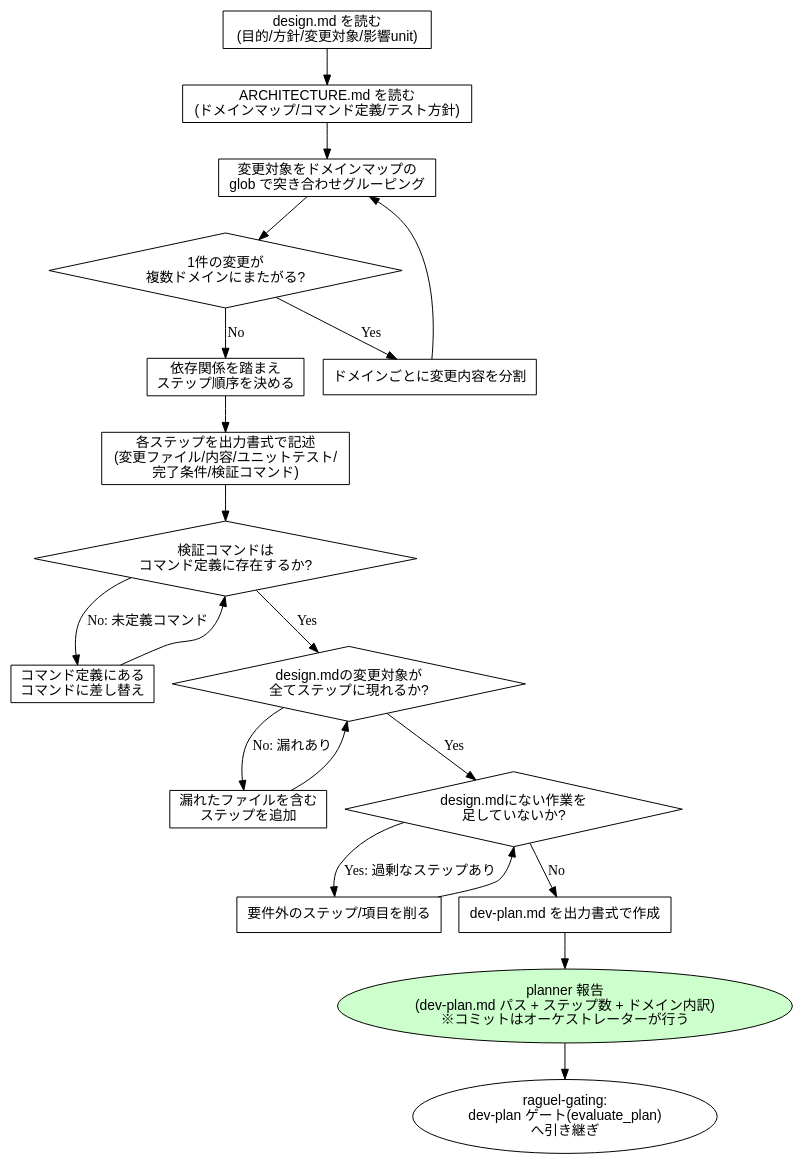
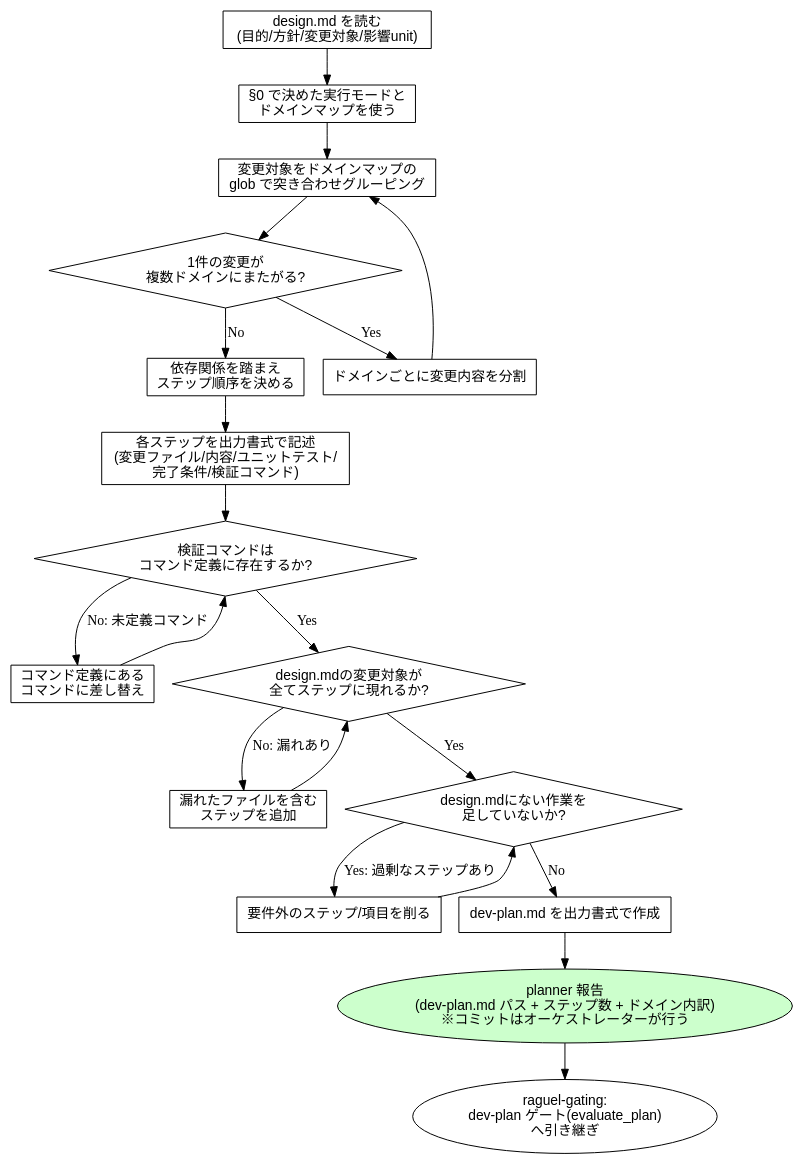
The fifth of 14 diagrams in plugins/codiel/docs/skill-flowcharts.md (Amatsuka-kobo/amatsuka-claude-plugins), drawn with Graphviz before and after one commit. The commit also changed other lines of this file and 20 other files, not shown here.

First line of the commit message:
fix(codiel): ARCHITECTURE と GOTCHAS を読ませる規則を指示層から外し、レビューの所見を直す

````diff
--- a/plugins/codiel/docs/skill-flowcharts.md
+++ b/plugins/codiel/docs/skill-flowcharts.md
@@ -151,39 +149,39 @@
 ```dot
 digraph writing_dev_plans {
   rankdir=TB;
   node [fontname="sans-serif"];
 
   read_design [label="design.md を読む\n(目的/方針/変更対象/影響unit)", shape=box];
-  read_arch [label="ARCHITECTURE.md を読む\n(ドメインマップ/コマンド定義/テスト方針)", shape=box];
+  read_arch [label="§0 で決めた実行モードと\nドメインマップを使う", shape=box];
   group [label="変更対象をドメインマップの\nglob で突き合わせグルーピング", shape=box];
   split_check [label="1件の変更が\n複数ドメインにまたがる?", shape=diamond];
   split [label="ドメインごとに変更内容を分割", shape=box];
   order [label="依存関係を踏まえ\nステップ順序を決める", shape=box];
   write_steps [label="各ステップを出力書式で記述\n(変更ファイル/内容/ユニットテスト/\n完了条件/検証コマンド)", shape=box];
   check_commands [label="検証コマンドは\nコマンド定義に存在するか?", shape=diamond];
   fix_commands [label="コマンド定義にある\nコマンドに差し替え", shape=box];
   coverage [label="design.mdの変更対象が\n全てステップに現れるか?", shape=diamond];
   add_step [label="漏れたファイルを含む\nステップを追加", shape=box];
   yagni [label="design.mdにない作業を\n足していないか?", shape=diamond];
   trim [label="要件外のステップ/項目を削る", shape=box];
   write [label="dev-plan.md を出力書式で作成", shape=box];
   done [label="planner 報告\n(dev-plan.md パス + ステップ数 + ドメイン内訳)\n※コミットはオーケストレーターが行う", shape=ellipse, style=filled, fillcolor="#ccffcc"];
   gate [label="raguel-gating:\ndev-plan ゲート(evaluate_plan)\nへ引き継ぎ", shape=ellipse];
 
   read_design -> read_arch -> group -> split_check;
   split_check -> split [label="Yes"];
   split -> group;
   split_check -> order [label="No"];
   order -> write_steps -> check_commands;
   check_commands -> fix_commands [label="No: 未定義コマンド"];
   fix_commands -> check_commands;
   check_commands -> coverage [label="Yes"];
   coverage -> add_step [label="No: 漏れあり"];
   add_step -> coverage;
   coverage -> yagni [label="Yes"];
   yagni -> trim [label="Yes: 過剰なステップあり"];
   trim -> yagni;
   yagni -> write [label="No"];
   write -> done -> gate;
 }
 ```
````
